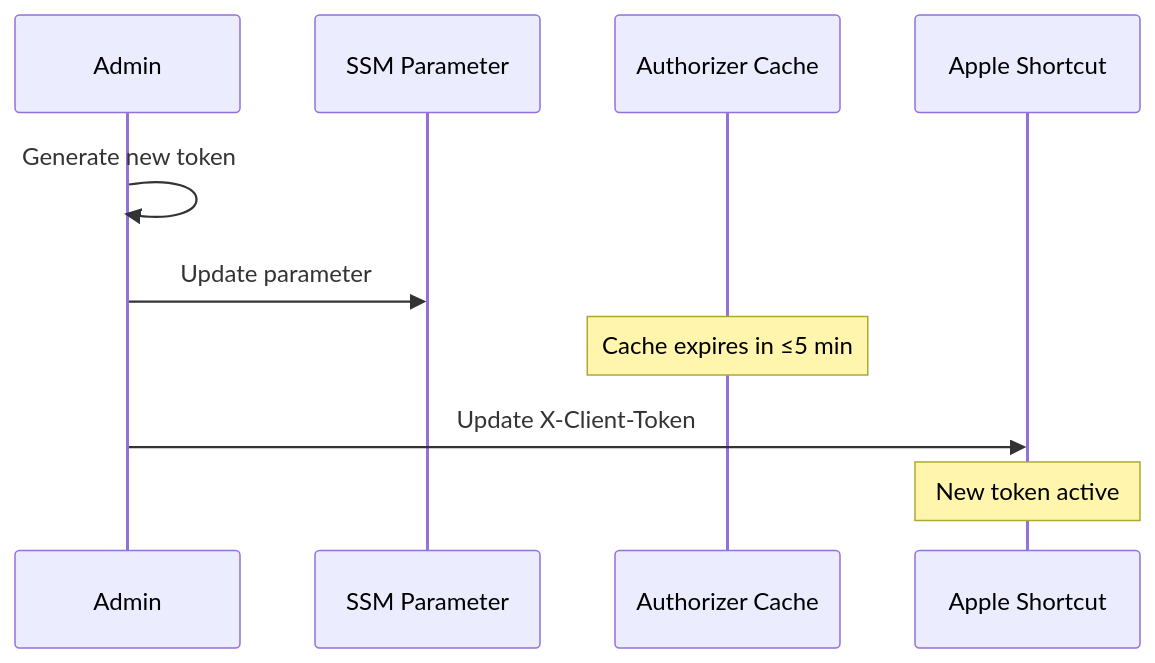
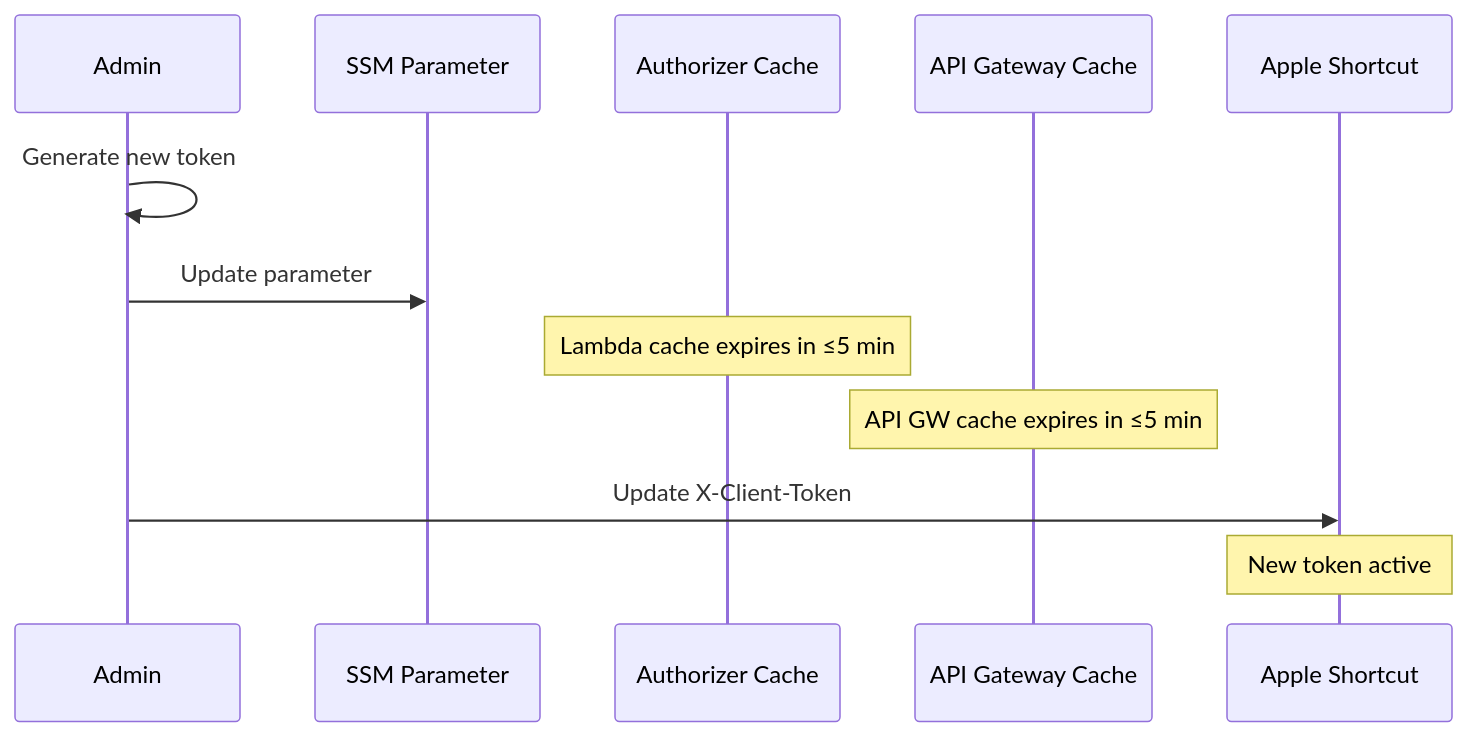
Before and after one commit to Stealinglight/wrist-agent: the fifth of 7 diagrams in docs/docs/security.md, drawn with Mermaid. The commit also changed other lines of this file and 3 other files, not shown here.

````diff
--- a/docs/docs/security.md
+++ b/docs/docs/security.md
@@ -192,13 +192,15 @@
 ```mermaid
 sequenceDiagram
     participant Admin
     participant SSM as SSM Parameter
     participant Cache as Authorizer Cache
+    participant APIGW as API Gateway Cache
     participant Shortcut as Apple Shortcut
     
     Admin->>Admin: Generate new token
     Admin->>SSM: Update parameter
-    Note over Cache: Cache expires in ≤5 min
+    Note over Cache: Lambda cache expires in ≤5 min
+    Note over APIGW: API GW cache expires in ≤5 min
     Admin->>Shortcut: Update X-Client-Token
     Note over Shortcut: New token active
 ```
````
